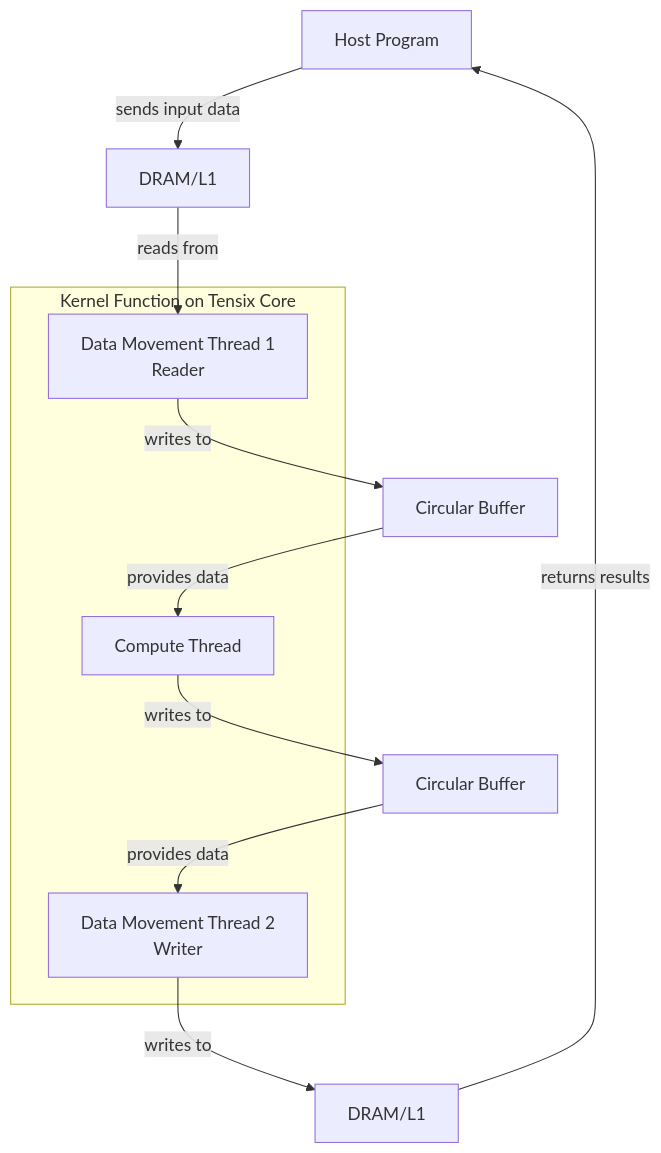
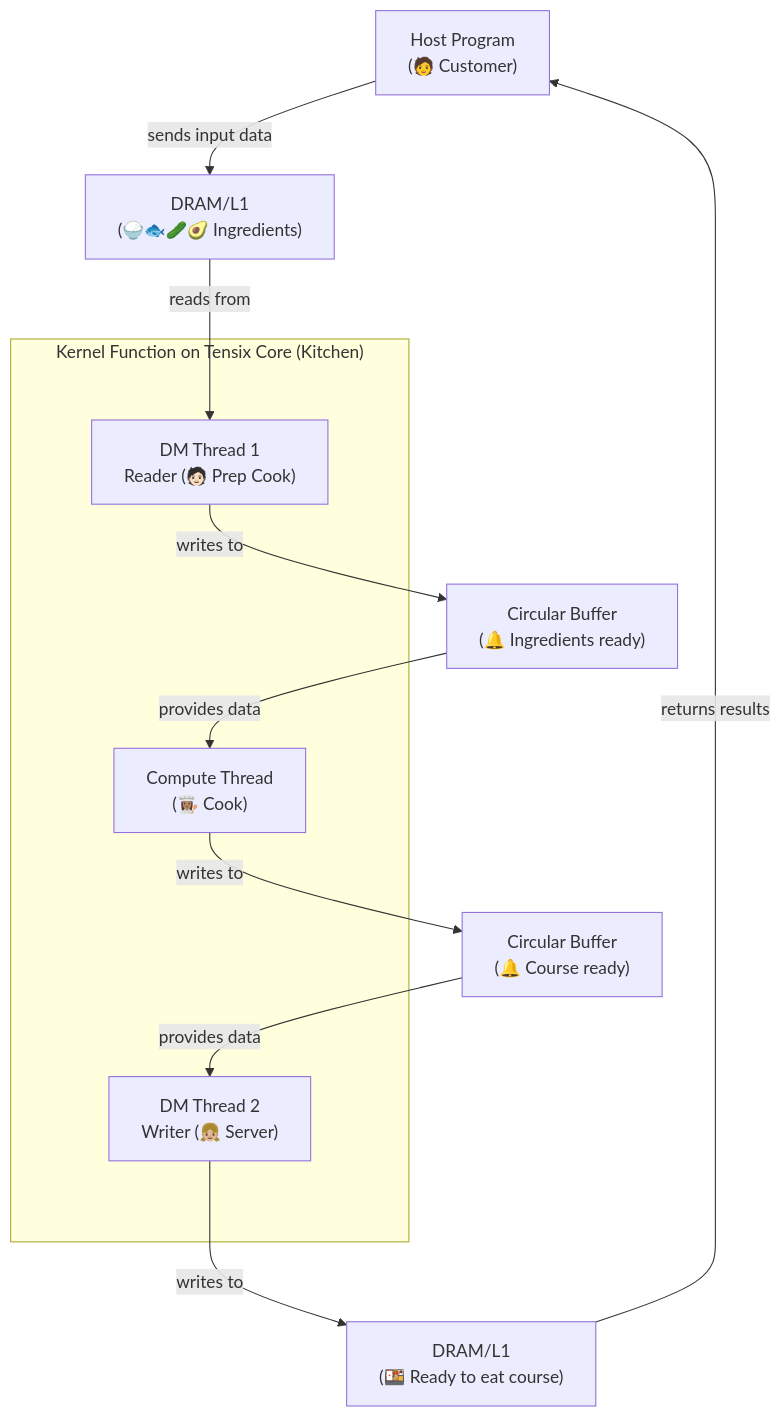
The diagram in docs/sphinx/ttl-tutorial/kernel-basics.md (tenstorrent/tt-lang), drawn with Mermaid before and after one commit. The commit also changed other lines of this file and 5 other files, not shown here.

````diff
--- a/docs/sphinx/ttl-tutorial/kernel-basics.md
+++ b/docs/sphinx/ttl-tutorial/kernel-basics.md
@@ -37,18 +37,25 @@
 ```{mermaid}
 graph TB
-    Host[Host Program] -->|sends input data| DRAM[DRAM/L1]
+    Host["Host Program<br/>(🧑 Customer)"] -->|sends input data| DRAM["DRAM/L1<br/>(🍚🐟🥒🥑 Ingredients)"]
 
-    subgraph KernelFunction[Kernel Function on Tensix Core]
-        DM1[Data Movement Thread 1<br/>Reader]
-        CT[Compute Thread]
-        DM2[Data Movement Thread 2<br/>Writer]
+    subgraph KernelFunction["Kernel Function on Tensix Core (Kitchen)"]
+        subgraph pad[" "]
+            subgraph threads[" "]
+                DM1["DM Thread 1<br/>Reader (🧑🏻 Prep Cook)"]
+                CT["Compute Thread<br/>(👩🏽‍🍳 Cook)"]
+                DM2["DM Thread 2<br/>Writer (👧🏼 Server)"]
+            end
+        end
     end
 
     DRAM -->|reads from| DM1
-    DM1 -->|writes to| CB1[Circular Buffer]
+    DM1 -->|writes to| CB1["Circular Buffer<br/>(🔔 Ingredients ready)"]
     CB1 -->|provides data| CT
-    CT -->|writes to| CB2[Circular Buffer]
+    CT -->|writes to| CB2["Circular Buffer<br/>(🔔 Course ready)"]
     CB2 -->|provides data| DM2
-    DM2 -->|writes to| DRAM2[DRAM/L1]
+    DM2 -->|writes to| DRAM2["DRAM/L1<br/>(🍱 Ready to eat course)"]
     DRAM2 -->|returns results| Host
+
+    classDef invisible fill:none,stroke:none;
+    class pad,threads invisible;
 ```
````
